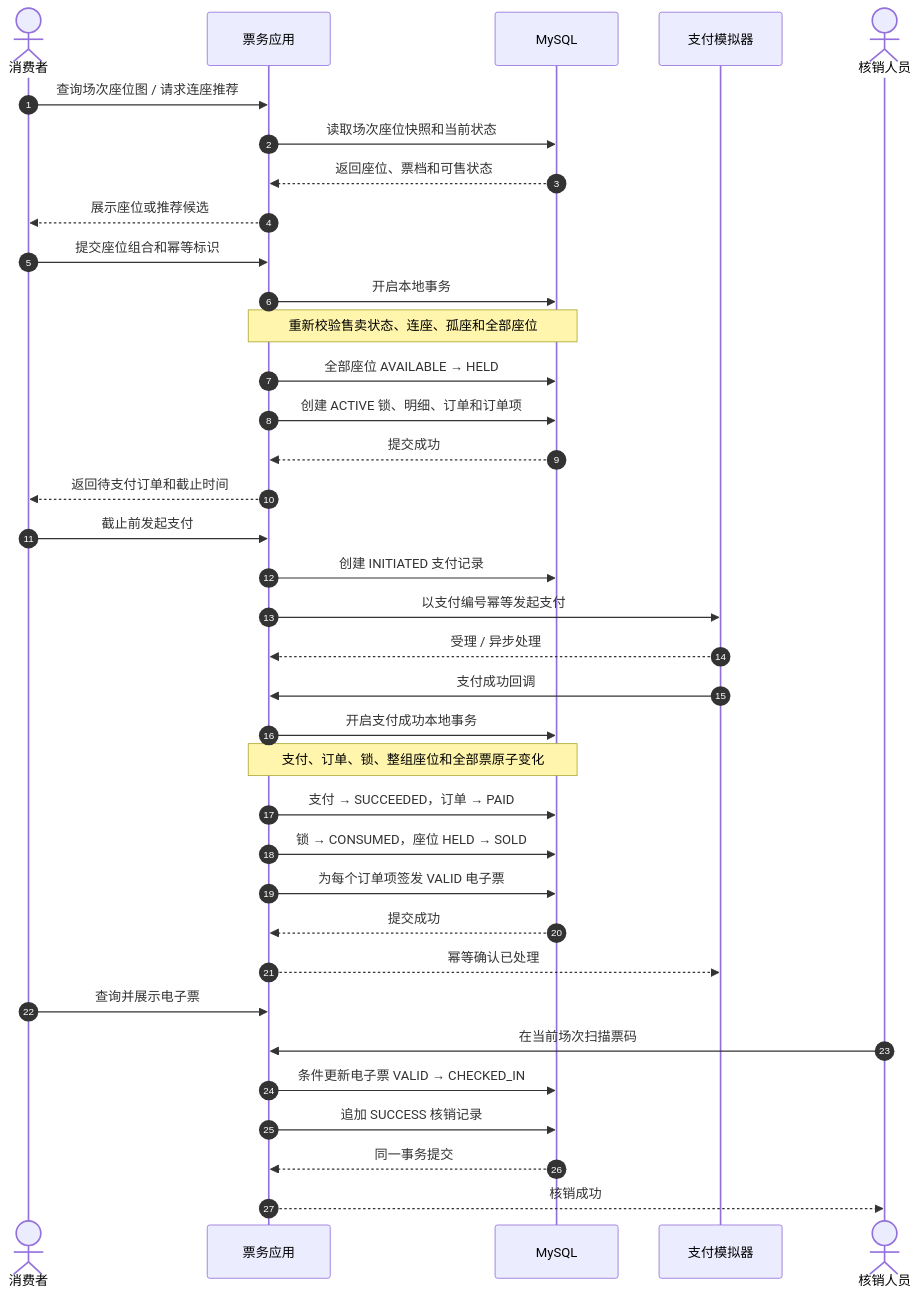
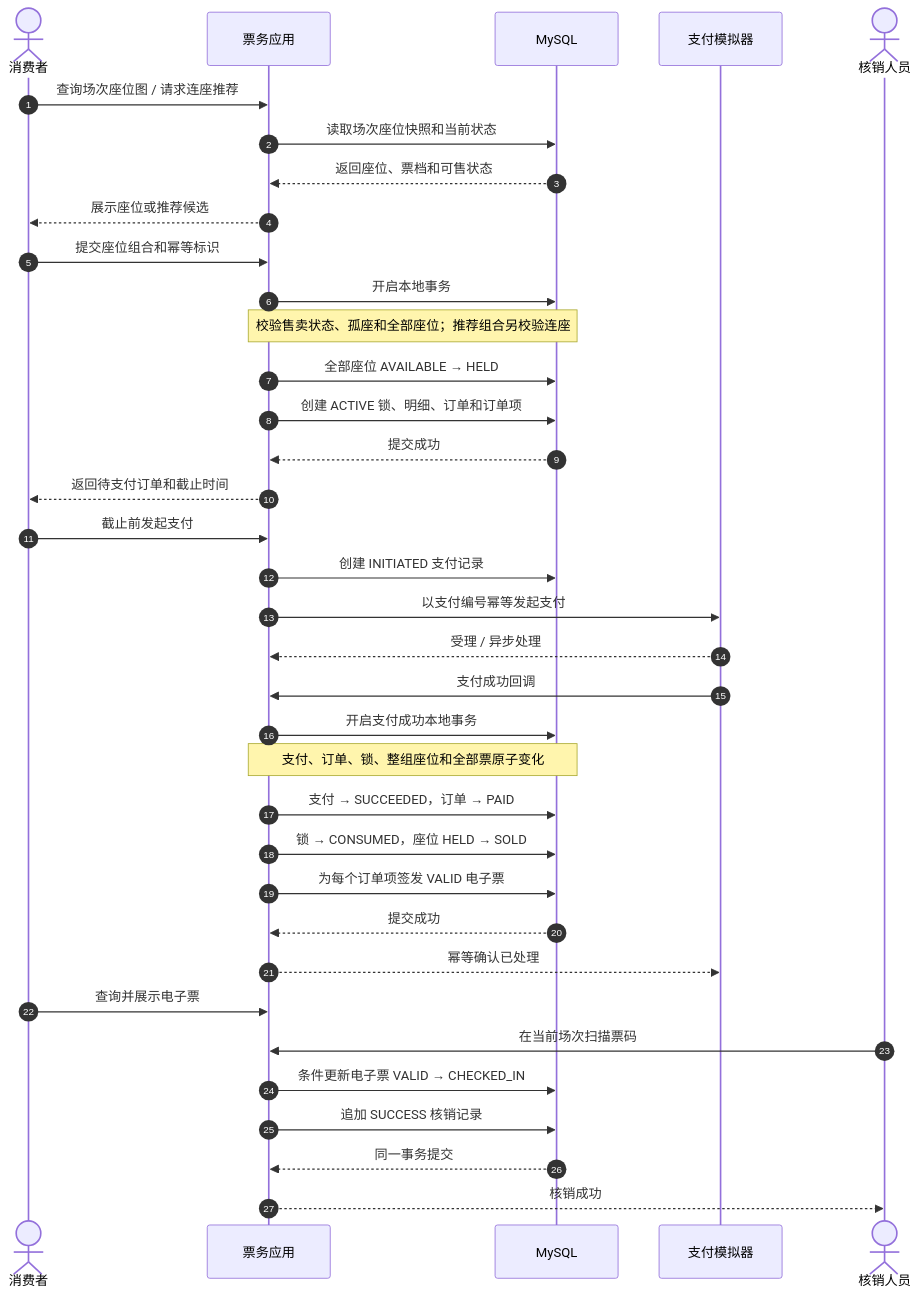
Before and after one commit to lzffzl13/ticketing: the first of 6 diagrams in docs/domain/core-flows.md, drawn with Mermaid. The commit also changed 15 other files, not shown here.

````diff
--- a/docs/domain/core-flows.md
+++ b/docs/domain/core-flows.md
@@ -11,43 +11,43 @@
 ```mermaid
 sequenceDiagram
     autonumber
     actor Customer as 消费者
     participant App as 票务应用
     participant DB as MySQL
     participant Pay as 支付模拟器
     actor Checker as 核销人员
 
     Customer->>App: 查询场次座位图 / 请求连座推荐
     App->>DB: 读取场次座位快照和当前状态
     DB-->>App: 返回座位、票档和可售状态
     App-->>Customer: 展示座位或推荐候选
 
     Customer->>App: 提交座位组合和幂等标识
     App->>DB: 开启本地事务
-    Note over App,DB: 重新校验售卖状态、连座、孤座和全部座位
+    Note over App,DB: 校验售卖状态、孤座和全部座位；推荐组合另校验连座
     App->>DB: 全部座位 AVAILABLE → HELD
     App->>DB: 创建 ACTIVE 锁、明细、订单和订单项
     DB-->>App: 提交成功
     App-->>Customer: 返回待支付订单和截止时间
 
     Customer->>App: 截止前发起支付
     App->>DB: 创建 INITIATED 支付记录
     App->>Pay: 以支付编号幂等发起支付
     Pay-->>App: 受理 / 异步处理
     Pay->>App: 支付成功回调
 
     App->>DB: 开启支付成功本地事务
     Note over App,DB: 支付、订单、锁、整组座位和全部票原子变化
     App->>DB: 支付 → SUCCEEDED，订单 → PAID
     App->>DB: 锁 → CONSUMED，座位 HELD → SOLD
     App->>DB: 为每个订单项签发 VALID 电子票
     DB-->>App: 提交成功
     App-->>Pay: 幂等确认已处理
 
     Customer->>App: 查询并展示电子票
     Checker->>App: 在当前场次扫描票码
     App->>DB: 条件更新电子票 VALID → CHECKED_IN
     App->>DB: 追加 SUCCESS 核销记录
     DB-->>App: 同一事务提交
     App-->>Checker: 核销成功
 ```
````
